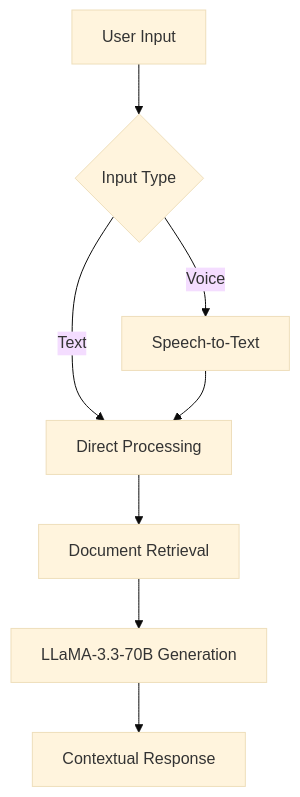
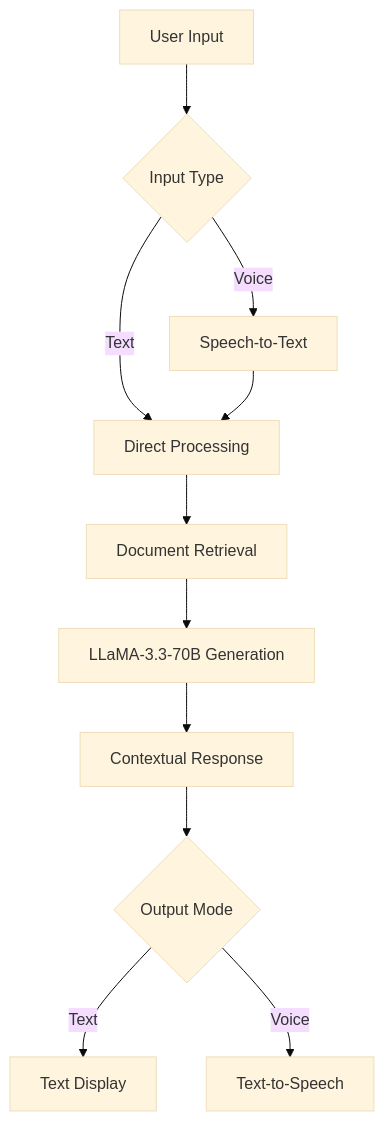
The diagram in ReadME.md (mokakrishna21/TARS), drawn with Mermaid (base theme) before and after one commit. The commit also changed other lines of this file, not shown here.

````diff
--- a/ReadME.md
+++ b/ReadME.md
@@ -23,10 +23,13 @@
 ```mermaid
 graph TD
     A[User Input] --> B{Input Type}
     B -->|Voice| C[Speech-to-Text]
     B -->|Text| D[Direct Processing]
     C --> D
     D --> E[Document Retrieval]
     E --> F[LLaMA-3.3-70B Generation]
     F --> G[Contextual Response]
+    G --> H{Output Mode}
+    H -->|Text| I[Text Display]
+    H -->|Voice| J[Text-to-Speech]
 ```
````
